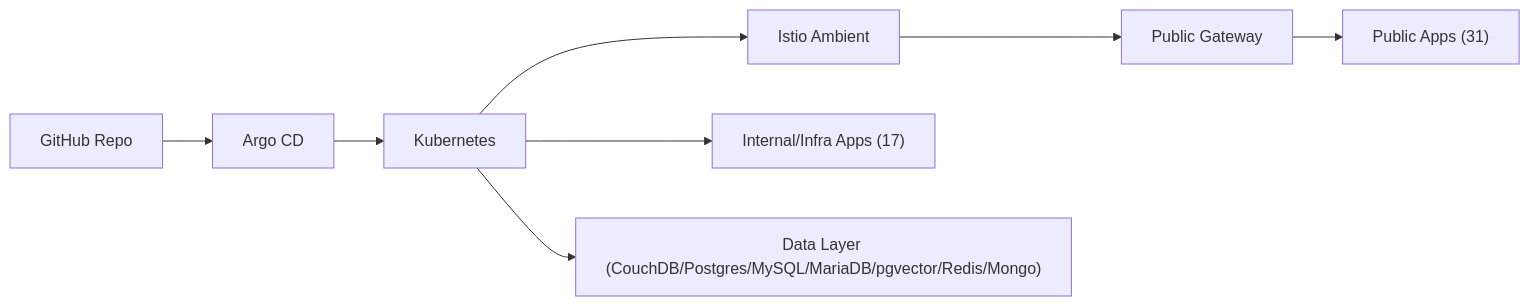
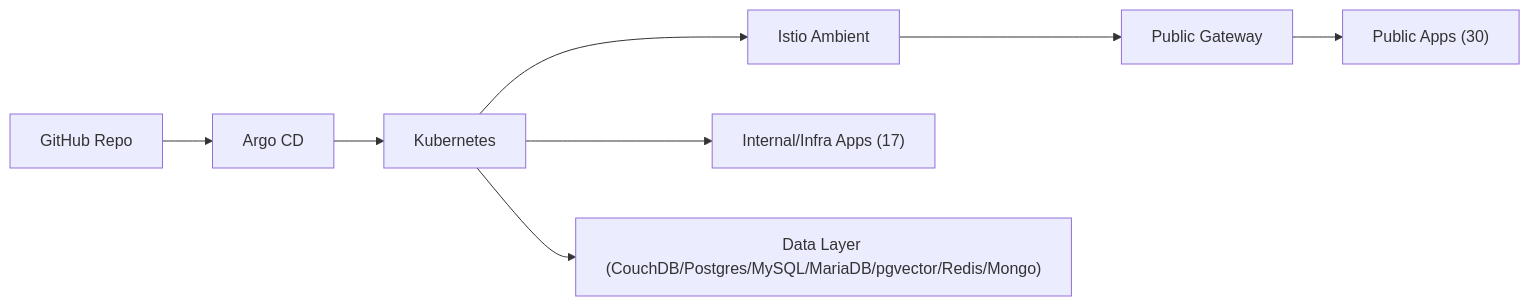
One commit to noeulnight/homelab changed the diagram in README.md. Above: the diagram before and after it, drawn with Mermaid. The commit also changed other lines of this file and 6 other files, not shown here.

````diff
--- a/README.md
+++ b/README.md
@@ -15,10 +15,10 @@
 ```mermaid
 flowchart LR
   GitHub["GitHub Repo"] --> Argo["Argo CD"]
   Argo --> K8s["Kubernetes"]
   K8s --> Istio["Istio Ambient"]
   Istio --> Gateway["Public Gateway"]
-  Gateway --> PublicApps["Public Apps (31)"]
+  Gateway --> PublicApps["Public Apps (30)"]
   K8s --> InternalApps["Internal/Infra Apps (17)"]
   K8s --> Data["Data Layer (CouchDB/Postgres/MySQL/MariaDB/pgvector/Redis/Mongo)"]
 ```
````
